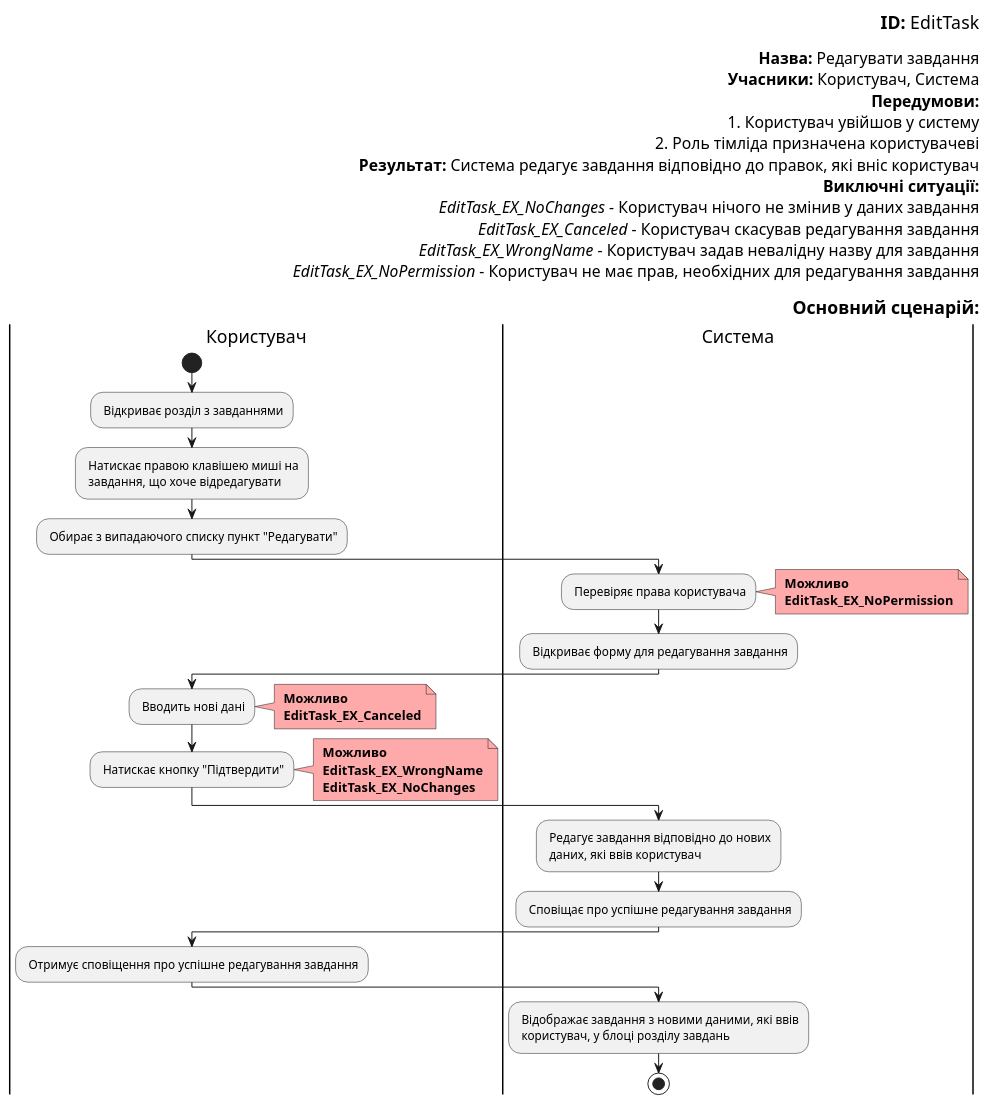
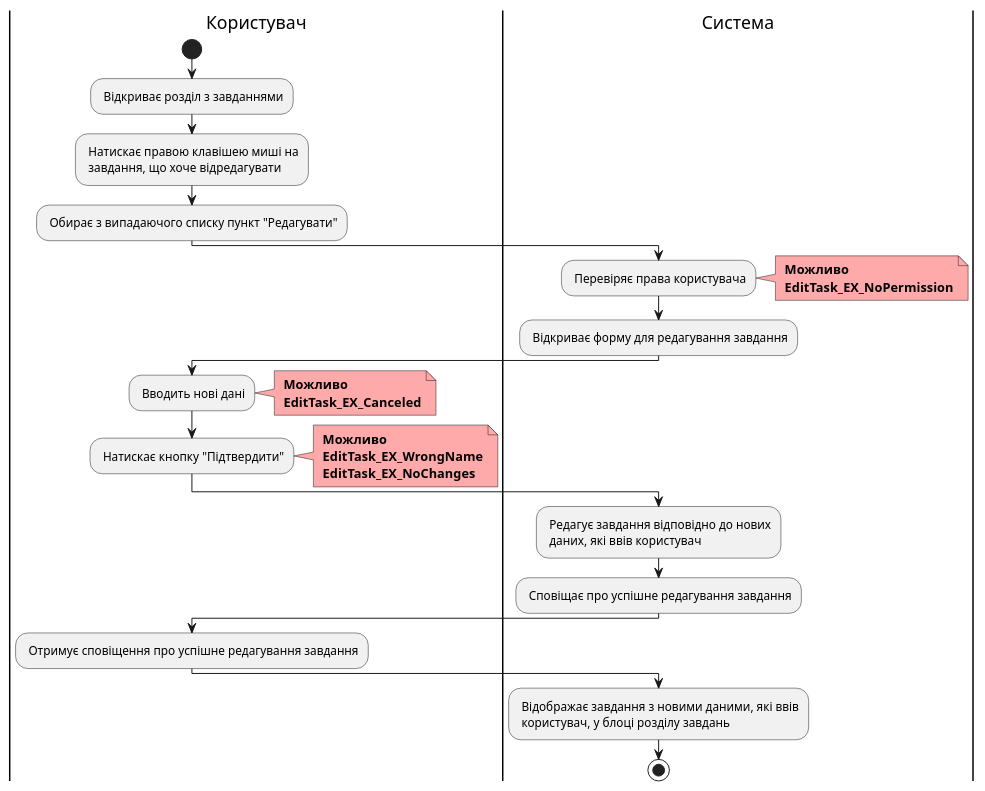
Diagram 13 of 19 in docs/use cases/README.md (boldak/edu-db-cw), drawn with PlantUML before and after one commit. The commit also changed other lines of this file, not shown here.

```diff
--- a/docs/use cases/README.md
+++ b/docs/use cases/README.md
@@ -796,69 +850,51 @@
-@startuml
-
-    right header        
-        <font color=000 size=18><b>ID:</b> EditTask
-
-        <font color=000 size=16><b>Назва:</b> Редагувати завдання
-        <font color=000 size=16><b>Учасники:</b> Користувач, Система
-        <font color=000 size=16><b>Передумови:</b>
-        <font color=000 size=16> 1. Користувач увійшов у систему
-        <font color=000 size=16> 2. Роль тімліда призначена користувачеві
-        <font color=000 size=16><b>Результат:</b> Система редагує завдання відповідно до правок, які вніс користувач
-        <font color=000 size=16><b>Виключні ситуації:</b>
-        <font color=000 size=16><i>EditTask_EX_NoChanges</i> - Користувач нічого не змінив у даних завдання
-        <font color=000 size=16><i>EditTask_EX_Canceled</i> - Користувач скасував редагування завдання
-        <font color=000 size=16><i>EditTask_EX_WrongName</i> - Користувач задав невалідну назву для завдання
-        <font color=000 size=16><i>EditTask_EX_NoPermission</i> - Користувач не має прав, необхідних для редагування завдання
-        
-        <font color=000 size=18><b>Основний сценарій:</b>
-    end header
+@startuml    
     
     |Користувач|
     start
     : Відкриває розділ з завданнями;
     
     |Користувач|
     : Натискає правою клавішею миші на\n завдання, що хоче відредагувати;
     
     |Користувач|
     : Обирає з випадаючого списку пункт "Редагувати";
     
     |Система|
     : Перевіряє права користувача;
     note right #ffaaaa
     <b> Можливо
     <b> EditTask_EX_NoPermission
     end note
         
     |Система|
     : Відкриває форму для редагування завдання;
         
     |Користувач|
     : Вводить нові дані;
     note right #ffaaaa
     <b> Можливо
     <b> EditTask_EX_Canceled
     end note
     
     |Користувач|
     : Натискає кнопку "Підтвердити";
     note right #ffaaaa
     <b> Можливо
     <b> EditTask_EX_WrongName
     <b> EditTask_EX_NoChanges
     end note
     
     |Система|
     : Редагує завдання відповідно до нових\n даних, які ввів користувач;
     
     |Система|
     : Сповіщає про успішне редагування завдання;
     
     |Користувач|
     : Отримує сповіщення про успішне редагування завдання;
     
     |Система|
     : Відображає завдання з новими даними, які ввів\n користувач, у блоці розділу завдань;
     stop;
     
 @enduml
```
